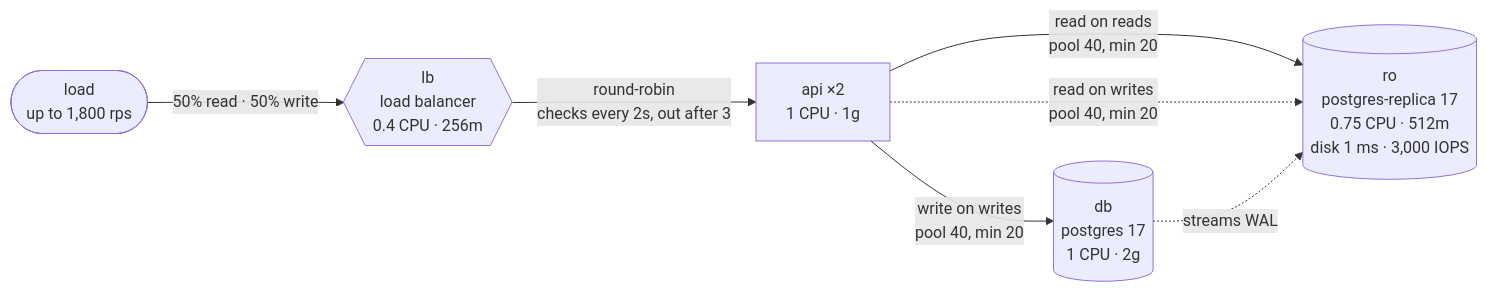
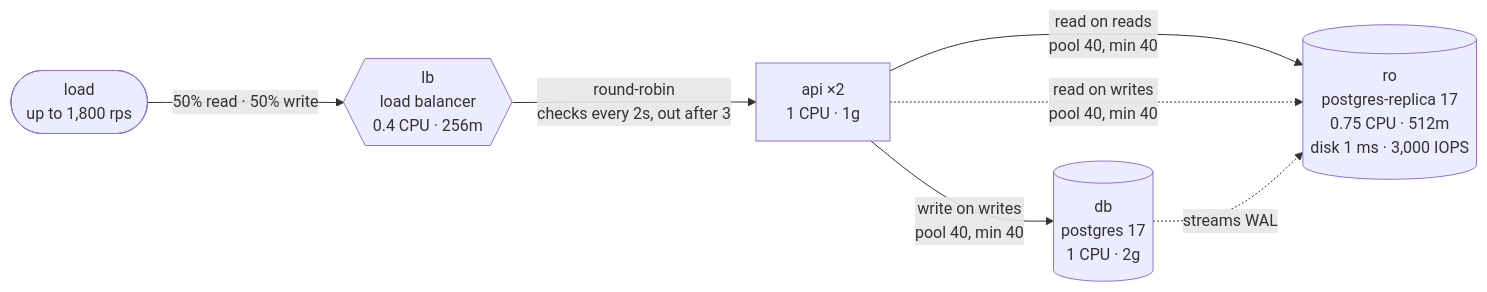
The diagram in scenarios/stale-orders/README.md (akinfemi/load-lore), drawn with Mermaid before and after one commit. The commit also changed 25 other files, not shown here.

````diff
--- a/scenarios/stale-orders/README.md
+++ b/scenarios/stale-orders/README.md
@@ -9,14 +9,14 @@
 ```mermaid
 flowchart LR
     load(["load<br/>up to 1,800 rps"])
     lb{{"lb<br/>load balancer<br/>0.4 CPU · 256m"}}
     api["api ×2<br/>1 CPU · 1g"]
     ro[("ro<br/>postgres-replica 17<br/>0.75 CPU · 512m<br/>disk 1 ms · 3,000 IOPS")]
     db[("db<br/>postgres 17<br/>1 CPU · 2g")]
     load -->|"50% read · 50% write"| lb
     lb -->|"round-robin<br/>checks every 2s, out after 3"| api
-    api -->|"read on reads<br/>pool 40, min 20"| ro
-    api -->|"write on writes<br/>pool 40, min 20"| db
-    api -.->|"read on writes<br/>pool 40, min 20"| ro
+    api -->|"read on reads<br/>pool 40, min 40"| ro
+    api -->|"write on writes<br/>pool 40, min 40"| db
+    api -.->|"read on writes<br/>pool 40, min 40"| ro
     db -.->|"streams WAL"| ro
 ```
````
